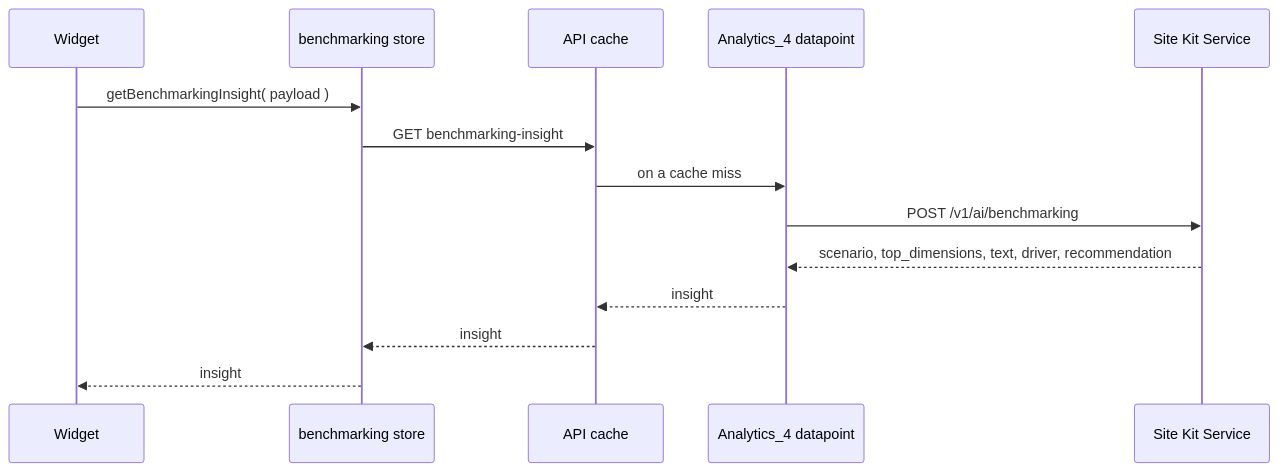
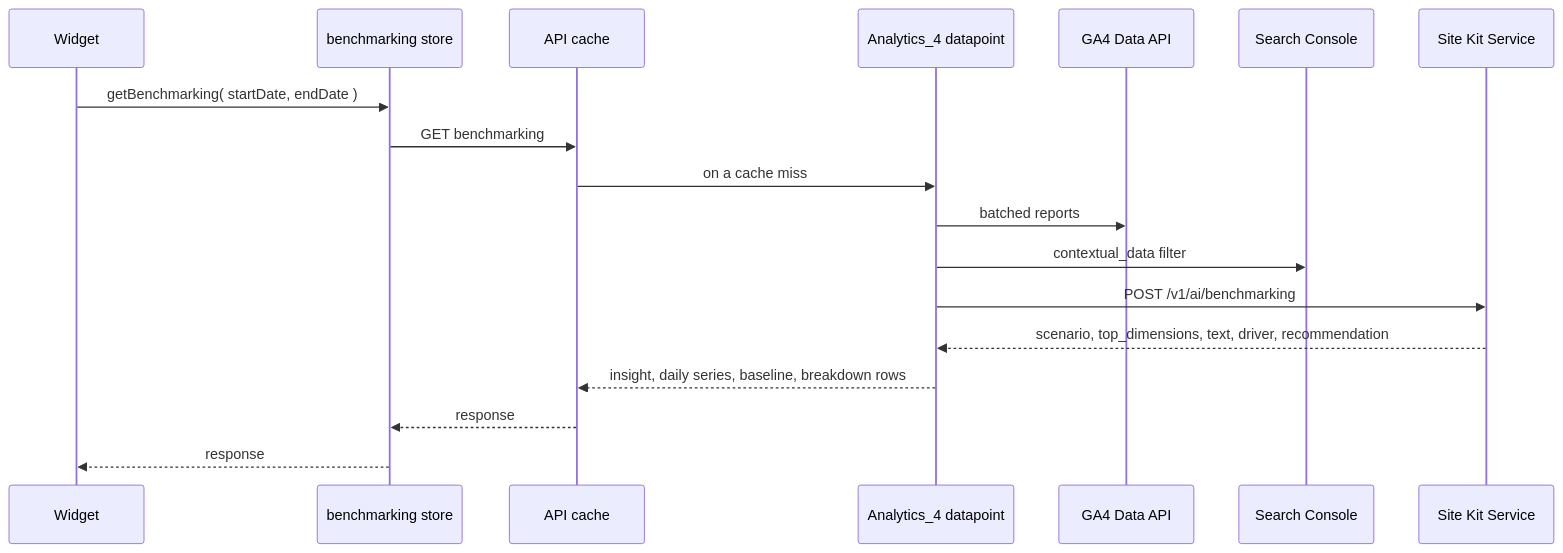
The first of 2 diagrams in docs/epics/performance-benchmarking/design-doc.md (google/site-kit-wp), drawn with Mermaid before and after one commit. The commit also changed other lines of this file, not shown here.

````diff
--- a/docs/epics/performance-benchmarking/design-doc.md
+++ b/docs/epics/performance-benchmarking/design-doc.md
@@ -78,16 +81,20 @@
 ```mermaid
 sequenceDiagram
     participant W as Widget
     participant S as benchmarking store
     participant C as API cache
-    participant P as Analytics_4 datapoint
+    participant D as Analytics_4 datapoint
+    participant G as GA4 Data API
+    participant SC as Search Console
     participant X as Site Kit Service
-    W->>S: getBenchmarkingInsight( payload )
-    S->>C: GET benchmarking-insight
-    C->>P: on a cache miss
-    P->>X: POST /v1/ai/benchmarking
-    X-->>P: scenario, top_dimensions, text, driver, recommendation
-    P-->>C: insight
-    C-->>S: insight
-    S-->>W: insight
+    W->>S: getBenchmarking( startDate, endDate )
+    S->>C: GET benchmarking
+    C->>D: on a cache miss
+    D->>G: batched reports
+    D->>SC: contextual_data filter
+    D->>X: POST /v1/ai/benchmarking
+    X-->>D: scenario, top_dimensions, text, driver, recommendation
+    D-->>C: insight, daily series, baseline, breakdown rows
+    C-->>S: response
+    S-->>W: response
 ```
````
